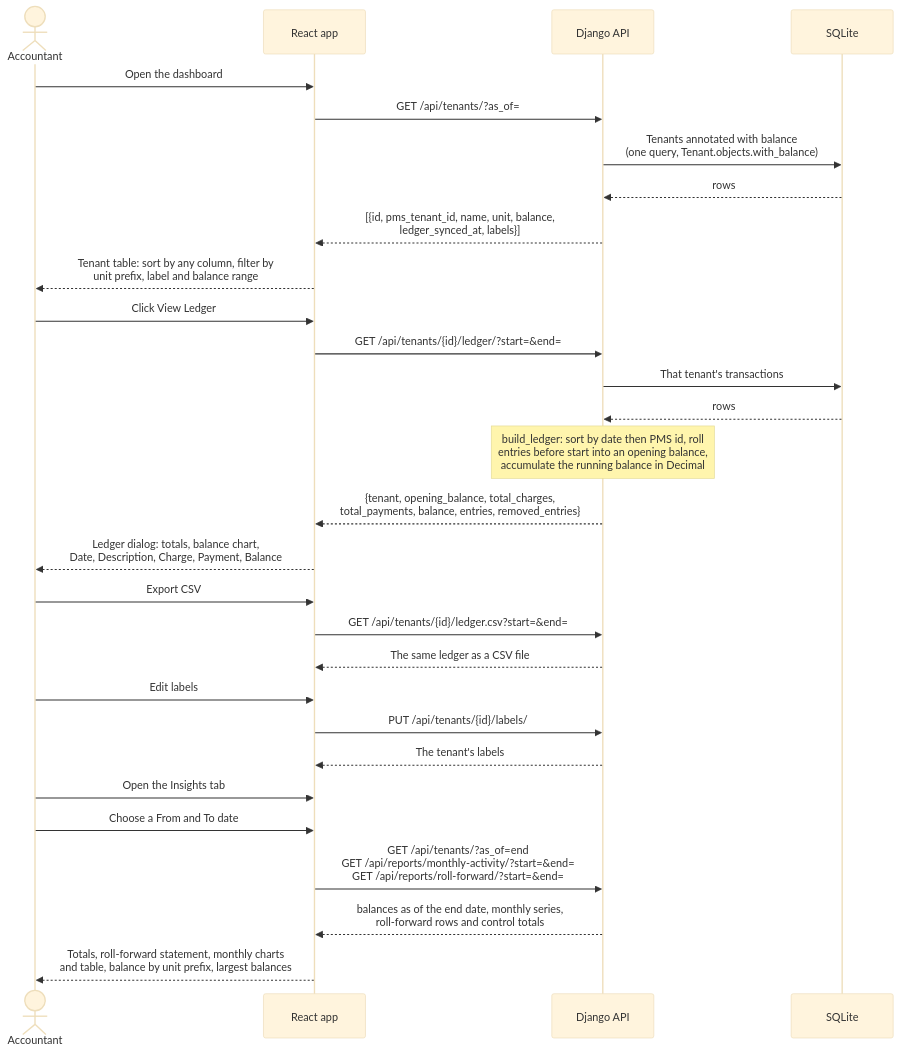
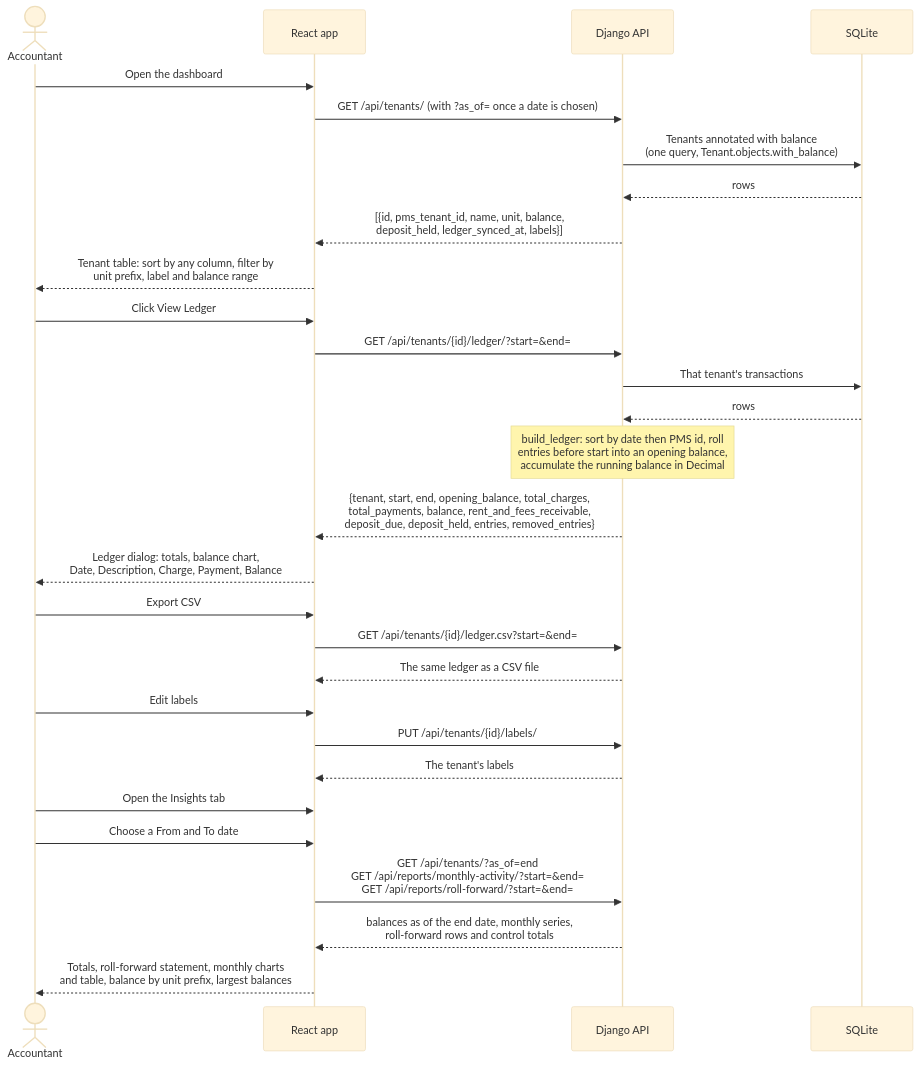
One commit to codybanksdev/rentable-code-challenge changed the second of 3 diagrams in docs/flow.md. Above: the diagram before and after it, drawn with Mermaid (base theme). The commit also changed 18 other files, not shown here.

````diff
--- a/docs/flow.md
+++ b/docs/flow.md
@@ -55,36 +55,36 @@
 ```mermaid
 sequenceDiagram
     actor U as Accountant
     participant R as React app
     participant D as Django API
     participant DB as SQLite
 
     U->>R: Open the dashboard
-    R->>D: GET /api/tenants/?as_of=
+    R->>D: GET /api/tenants/ (with ?as_of= once a date is chosen)
     D->>DB: Tenants annotated with balance<br/>(one query, Tenant.objects.with_balance)
     DB-->>D: rows
-    D-->>R: [{id, pms_tenant_id, name, unit, balance,<br/>ledger_synced_at, labels}]
+    D-->>R: [{id, pms_tenant_id, name, unit, balance,<br/>deposit_held, ledger_synced_at, labels}]
     R-->>U: Tenant table: sort by any column, filter by<br/>unit prefix, label and balance range
 
     U->>R: Click View Ledger
     R->>D: GET /api/tenants/{id}/ledger/?start=&end=
     D->>DB: That tenant's transactions
     DB-->>D: rows
     Note over D: build_ledger: sort by date then PMS id, roll<br/>entries before start into an opening balance,<br/>accumulate the running balance in Decimal
-    D-->>R: {tenant, opening_balance, total_charges,<br/>total_payments, balance, entries, removed_entries}
+    D-->>R: {tenant, start, end, opening_balance, total_charges,<br/>total_payments, balance, rent_and_fees_receivable,<br/>deposit_due, deposit_held, entries, removed_entries}
     R-->>U: Ledger dialog: totals, balance chart,<br/>Date, Description, Charge, Payment, Balance
 
     U->>R: Export CSV
     R->>D: GET /api/tenants/{id}/ledger.csv?start=&end=
     D-->>R: The same ledger as a CSV file
 
     U->>R: Edit labels
     R->>D: PUT /api/tenants/{id}/labels/
     D-->>R: The tenant's labels
 
     U->>R: Open the Insights tab
     U->>R: Choose a From and To date
     R->>D: GET /api/tenants/?as_of=end<br/>GET /api/reports/monthly-activity/?start=&end=<br/>GET /api/reports/roll-forward/?start=&end=
     D-->>R: balances as of the end date, monthly series,<br/>roll-forward rows and control totals
     R-->>U: Totals, roll-forward statement, monthly charts<br/>and table, balance by unit prefix, largest balances
 ```
````
